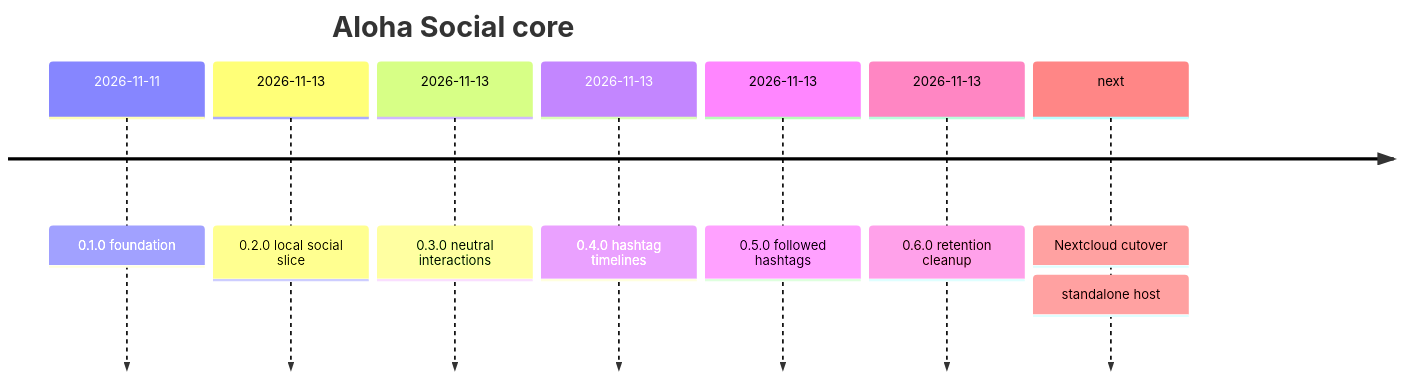
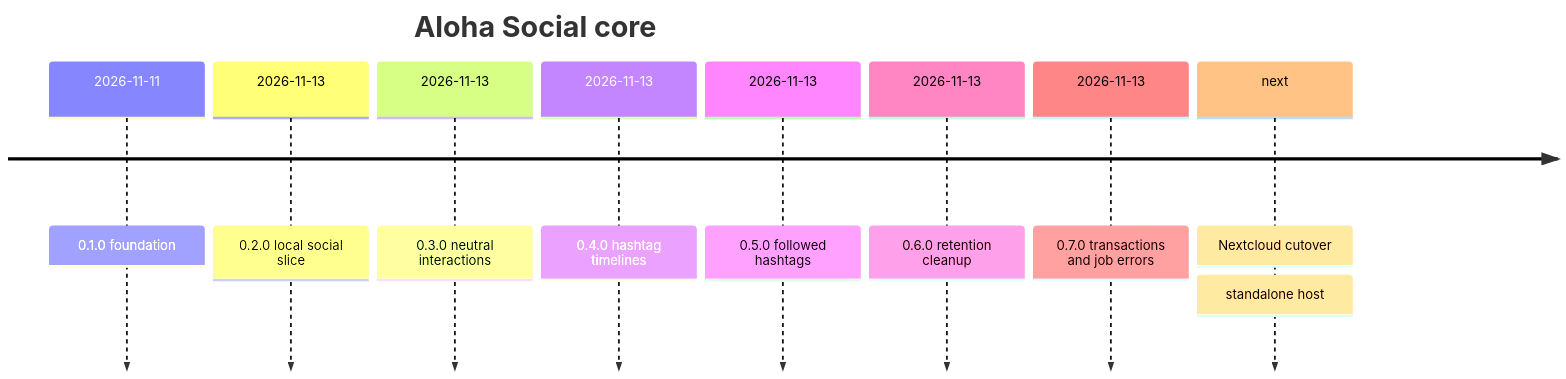
Before and after one commit to SchBenedikt/core: the second of 2 diagrams in README.md, drawn with Mermaid. The commit also changed other lines of this file and 36 other files, not shown here.

````diff
--- a/README.md
+++ b/README.md
@@ -157,12 +160,13 @@
 ```mermaid
 timeline
     title Aloha Social core
     2026-11-11 : 0.1.0 foundation
     2026-11-13 : 0.2.0 local social slice
     2026-11-13 : 0.3.0 neutral interactions
     2026-11-13 : 0.4.0 hashtag timelines
     2026-11-13 : 0.5.0 followed hashtags
     2026-11-13 : 0.6.0 retention cleanup
+    2026-11-13 : 0.7.0 transactions and job errors
     next : Nextcloud cutover
          : standalone host
 ```
````
